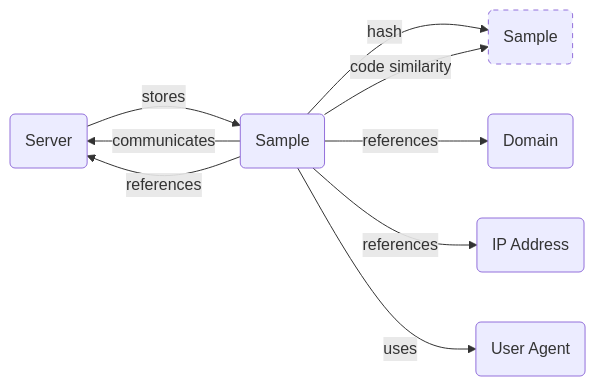
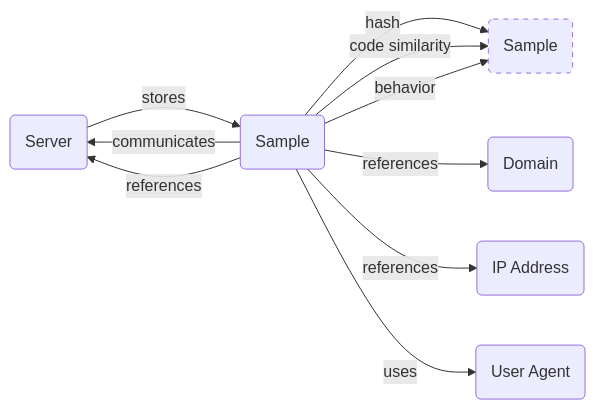
One commit to korniko98/pivot-atlas changed the diagram in docs/artifacts/sample.md. Above: the diagram before and after it, drawn with Mermaid. The commit also changed 5 other files, not shown here.

````diff
--- a/docs/artifacts/sample.md
+++ b/docs/artifacts/sample.md
@@ -31,22 +31,23 @@
 	```mermaid
 	flowchart LR
 		classDef secondary stroke-dasharray: 5 5
 		
 		%% define nodes
 		IP_ADDRESS(IP Address)
 		DOMAIN(Domain)
 		SERVER(Server)
 		SAMPLE(Sample)
 		USER_AGENT(User Agent)
 		SAMPLE_(Sample):::secondary
 		
 		%% define edges
 		SERVER -- stores --> SAMPLE
 		SAMPLE -- communicates --> SERVER
 		SAMPLE -- references --> SERVER
 		SAMPLE -- hash --> SAMPLE_
 		SAMPLE -- code similarity --> SAMPLE_
+		SAMPLE -- behavior --> SAMPLE_
 		SAMPLE -- references --> DOMAIN
 		SAMPLE -- references --> IP_ADDRESS
 		SAMPLE -- uses --> USER_AGENT
 	```
````
